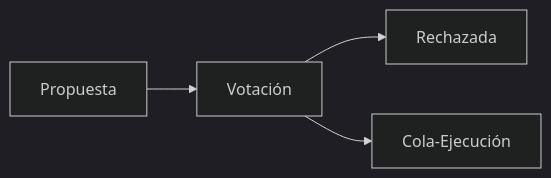
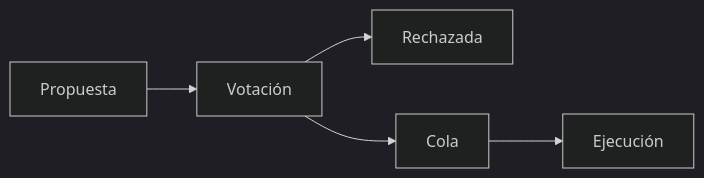
One commit to miguelrguez16/FoolMeOnce changed the diagram in Investigacion_DAOs/DAO_On_Chain/README.md. Above: the diagram before and after it, drawn with Mermaid (dark theme). The commit also changed other lines of this file and 16 other files, not shown here.

````diff
--- a/Investigacion_DAOs/DAO_On_Chain/README.md
+++ b/Investigacion_DAOs/DAO_On_Chain/README.md
@@ -66,6 +68,7 @@
     ```mermaid
     graph LR
     Propuesta --> Votación
     Votación --> Rechazada
-    Votación --> Cola-Ejecución
+    Votación --> Cola
+    Cola --> Ejecución
     ```
````
